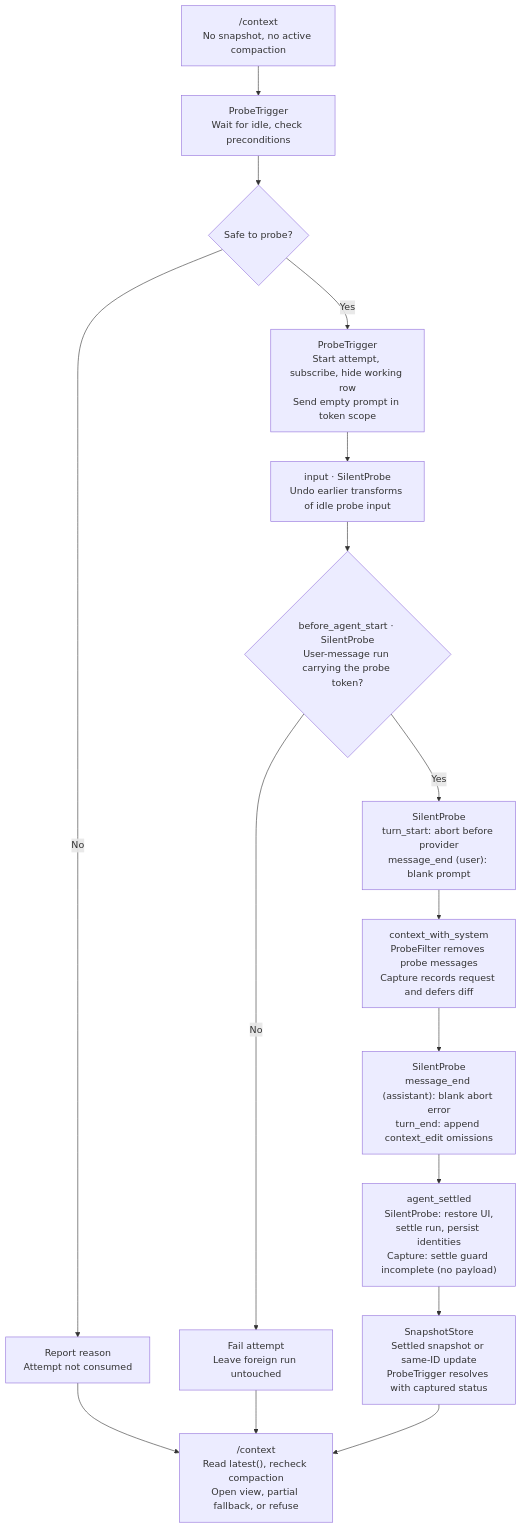
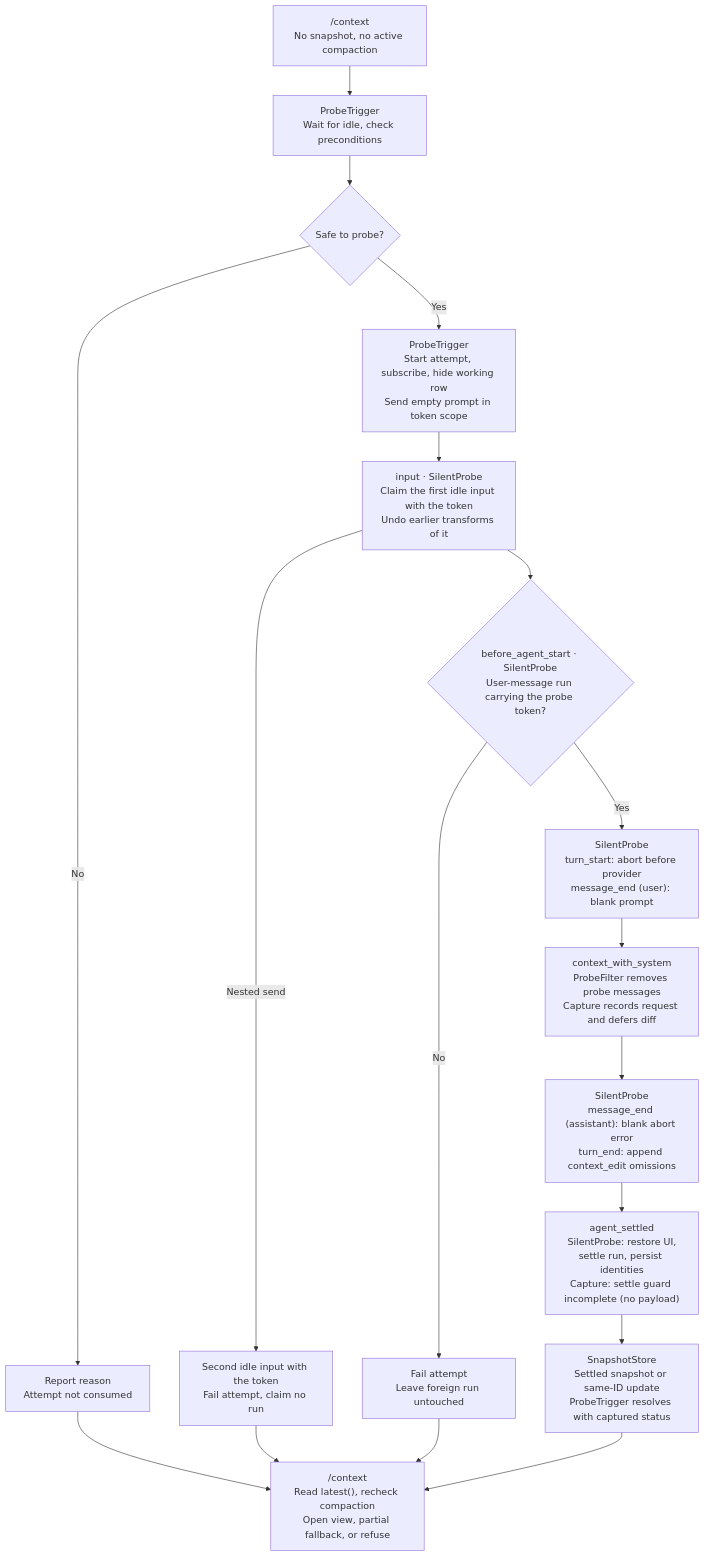
Before and after one commit to McGregorDesire/pi-context-view: the diagram in doc/architecture/probe.md, drawn with Mermaid. The commit also changed other lines of this file and 9 other files, not shown here.

Commit message:
[probe] Detect nested user sends during a probe and warn when one took its place

````diff
--- a/doc/architecture/probe.md
+++ b/doc/architecture/probe.md
@@ -54,23 +54,25 @@
 ```mermaid
 flowchart TD
     COMMAND["/context<br/>No snapshot, no active compaction"]
     CHECK["ProbeTrigger<br/>Wait for idle, check preconditions"]
     SAFE{"Safe to probe?"}
     SKIP["Report reason<br/>Attempt not consumed"]
     SEND["ProbeTrigger<br/>Start attempt, subscribe, hide working row<br/>Send empty prompt in token scope"]
-    INPUT["input · SilentProbe<br/>Undo earlier transforms of idle probe input"]
+    INPUT["input · SilentProbe<br/>Claim the first idle input with the token<br/>Undo earlier transforms of it"]
+    NESTED["Second idle input with the token<br/>Fail attempt, claim no run"]
     OWN{"before_agent_start · SilentProbe<br/>User-message run carrying the probe token?"}
     FOREIGN["Fail attempt<br/>Leave foreign run untouched"]
     ABORT["SilentProbe<br/>turn_start: abort before provider<br/>message_end (user): blank prompt"]
     CONTEXT["context_with_system<br/>ProbeFilter removes probe messages<br/>Capture records request and defers diff"]
     CLEANUP["SilentProbe<br/>message_end (assistant): blank abort error<br/>turn_end: append context_edit omissions"]
     SETTLE["agent_settled<br/>SilentProbe: restore UI,<br/>settle run, persist identities<br/>Capture: settle guard incomplete (no payload)"]
     SNAPSHOT["SnapshotStore<br/>Settled snapshot or same-ID update<br/>ProbeTrigger resolves with captured status"]
     FINISH["/context<br/>Read latest(), recheck compaction<br/>Open view, partial fallback, or refuse"]
 
     COMMAND --> CHECK --> SAFE
     SAFE -->|"No"| SKIP --> FINISH
     SAFE -->|"Yes"| SEND --> INPUT --> OWN
+    INPUT -->|"Nested send"| NESTED --> FINISH
     OWN -->|"No"| FOREIGN --> FINISH
     OWN -->|"Yes"| ABORT --> CONTEXT --> CLEANUP --> SETTLE --> SNAPSHOT --> FINISH
 ```
````
